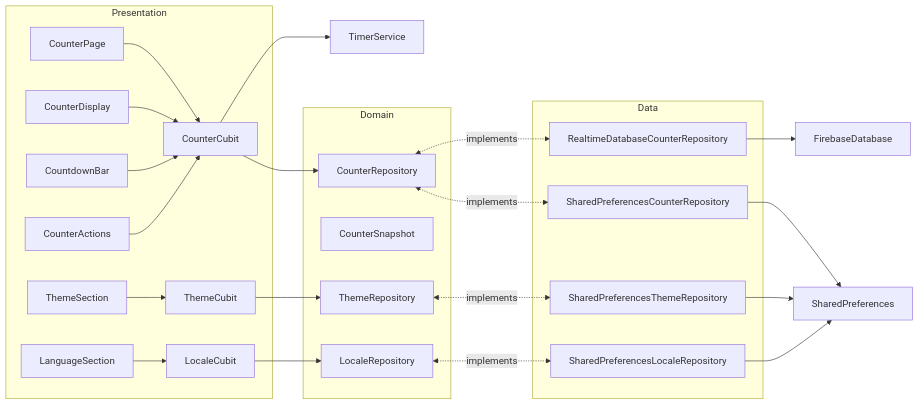
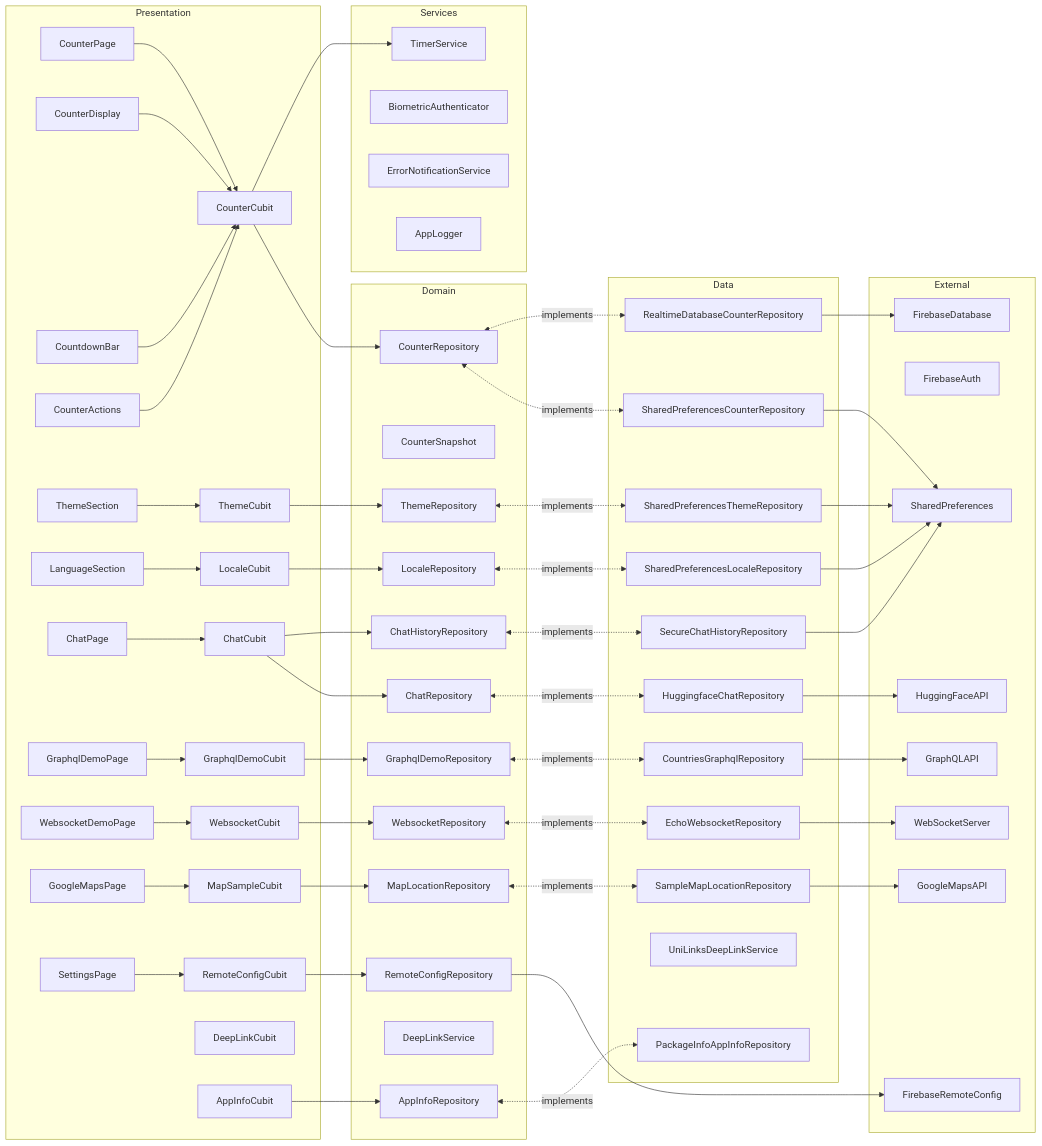
Before and after one commit to redjadet/flutter_bloc_app: the first of 3 diagrams in README.md, drawn with Mermaid. The commit also changed other lines of this file, not shown here.

````diff
--- a/README.md
+++ b/README.md
@@ -119,9 +124,21 @@
     CounterActions
     ThemeSection
     LanguageSection
+    ChatPage
+    GraphqlDemoPage
+    WebsocketDemoPage
+    GoogleMapsPage
+    SettingsPage
     CounterCubit
     ThemeCubit
     LocaleCubit
+    ChatCubit
+    GraphqlDemoCubit
+    WebsocketCubit
+    MapSampleCubit
+    RemoteConfigCubit
+    DeepLinkCubit
+    AppInfoCubit
   end
 
   subgraph Domain
@@ -129,6 +146,14 @@
     CounterSnapshot
     ThemeRepository
     LocaleRepository
+    ChatRepository
+    ChatHistoryRepository
+    GraphqlDemoRepository
+    WebsocketRepository
+    MapLocationRepository
+    RemoteConfigRepository
+    DeepLinkService
+    AppInfoRepository
   end
 
   subgraph Data
@@ -136,11 +161,33 @@
     RealtimeDatabaseCounterRepository
     SharedPreferencesThemeRepository
     SharedPreferencesLocaleRepository
+    HuggingfaceChatRepository
+    SecureChatHistoryRepository
+    CountriesGraphqlRepository
+    EchoWebsocketRepository
+    SampleMapLocationRepository
+    RemoteConfigRepository
+    UniLinksDeepLinkService
+    PackageInfoAppInfoRepository
   end
 
-  TimerService
-  FirebaseDatabase
-  SharedPreferences
+  subgraph Services
+    TimerService
+    BiometricAuthenticator
+    ErrorNotificationService
+    AppLogger
+  end
+
+  subgraph External
+    FirebaseDatabase
+    FirebaseAuth
+    FirebaseRemoteConfig
+    SharedPreferences
+    HuggingFaceAPI
+    GraphQLAPI
+    WebSocketServer
+    GoogleMapsAPI
+  end
 
   CounterPage --> CounterCubit
   CounterDisplay --> CounterCubit
@@ -152,6 +199,7 @@
   CounterRepository <-.implements .-> RealtimeDatabaseCounterRepository
   SharedPreferencesCounterRepository --> SharedPreferences
   RealtimeDatabaseCounterRepository --> FirebaseDatabase
+
   ThemeSection --> ThemeCubit
   LanguageSection --> LocaleCubit
   ThemeCubit --> ThemeRepository
@@ -160,4 +208,34 @@
   LocaleRepository <-.implements .-> SharedPreferencesLocaleRepository
   SharedPreferencesThemeRepository --> SharedPreferences
   SharedPreferencesLocaleRepository --> SharedPreferences
+
+  ChatPage --> ChatCubit
+  ChatCubit --> ChatRepository
+  ChatCubit --> ChatHistoryRepository
+  ChatRepository <-.implements .-> HuggingfaceChatRepository
+  ChatHistoryRepository <-.implements .-> SecureChatHistoryRepository
+  HuggingfaceChatRepository --> HuggingFaceAPI
+  SecureChatHistoryRepository --> SharedPreferences
+
+  GraphqlDemoPage --> GraphqlDemoCubit
+  GraphqlDemoCubit --> GraphqlDemoRepository
+  GraphqlDemoRepository <-.implements .-> CountriesGraphqlRepository
+  CountriesGraphqlRepository --> GraphQLAPI
+
+  WebsocketDemoPage --> WebsocketCubit
+  WebsocketCubit --> WebsocketRepository
+  WebsocketRepository <-.implements .-> EchoWebsocketRepository
+  EchoWebsocketRepository --> WebSocketServer
+
+  GoogleMapsPage --> MapSampleCubit
+  MapSampleCubit --> MapLocationRepository
+  MapLocationRepository <-.implements .-> SampleMapLocationRepository
+  SampleMapLocationRepository --> GoogleMapsAPI
+
+  SettingsPage --> RemoteConfigCubit
+  RemoteConfigCubit --> RemoteConfigRepository
+  RemoteConfigRepository --> FirebaseRemoteConfig
+
+  AppInfoCubit --> AppInfoRepository
+  AppInfoRepository <-.implements .-> PackageInfoAppInfoRepository
 ```
````
